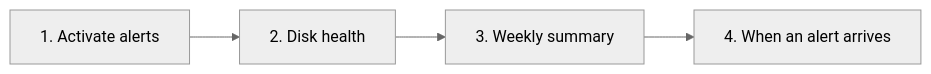
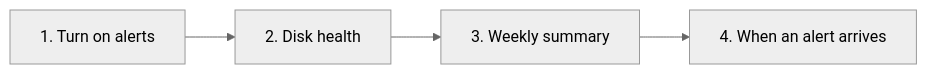
The diagram in docs/help/guides/get-told-when-something-goes-wrong.md (TheMightyTRex/starboard), drawn with Mermaid (neutral theme) before and after one commit. The commit also changed other lines of this file and 190 other files, not shown here.

````diff
--- a/docs/help/guides/get-told-when-something-goes-wrong.md
+++ b/docs/help/guides/get-told-when-something-goes-wrong.md
@@ -23,6 +23,6 @@
 ```mermaid
 flowchart LR
-    A["1. Activate alerts"] --> B["2. Disk health"]
+    A["1. Turn on alerts"] --> B["2. Disk health"]
     B --> C["3. Weekly summary"]
     C --> D["4. When an alert arrives"]
 ```
````
